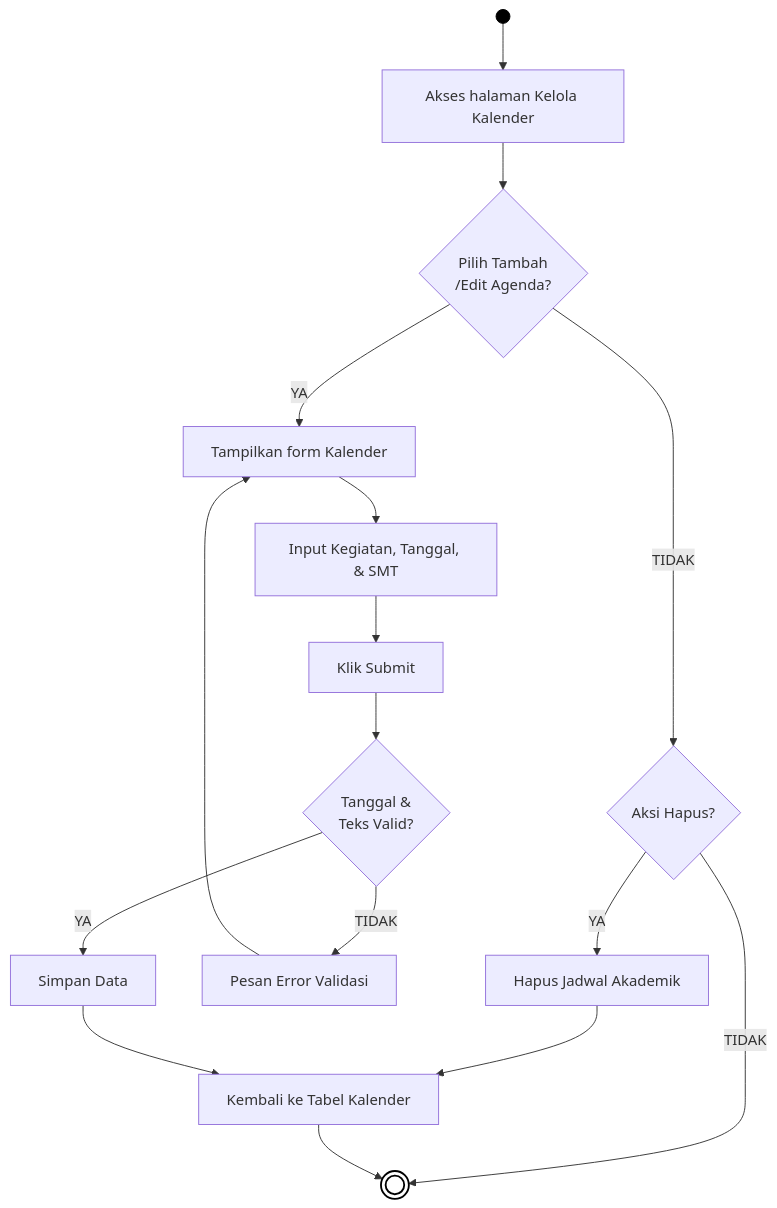
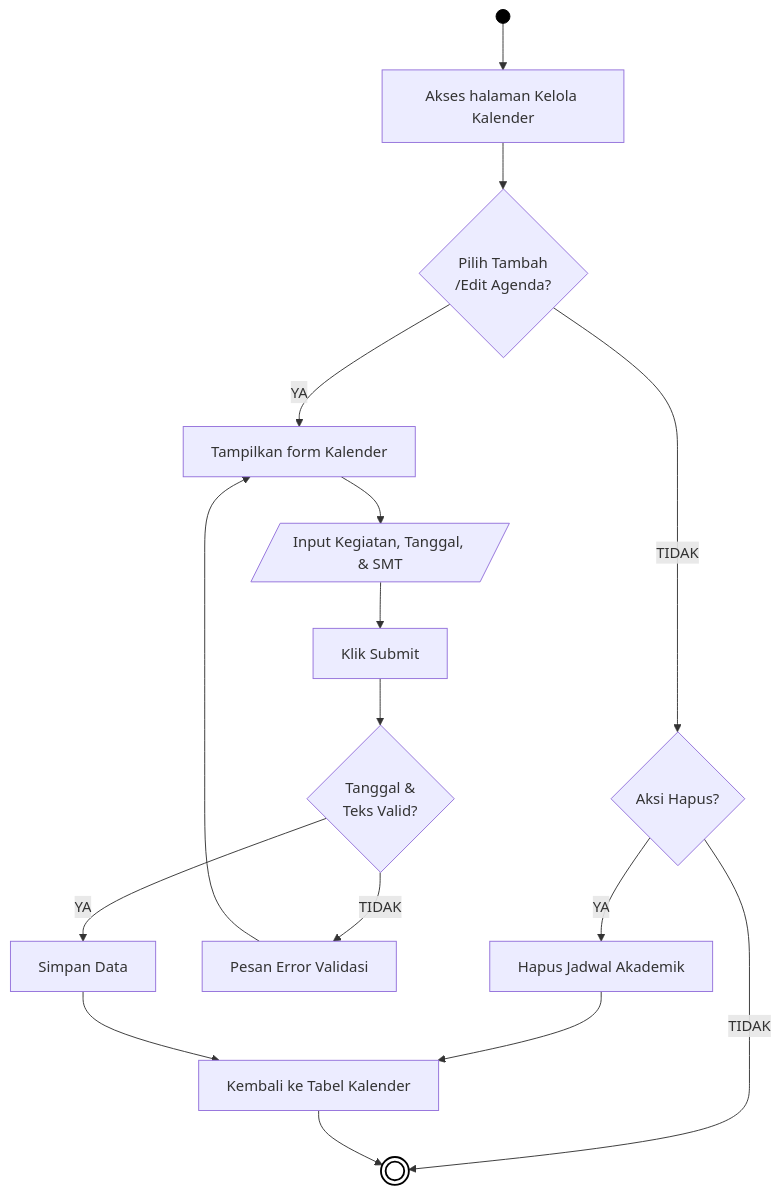
One commit to arbain-dev/Web_fikom changed diagram 11 of 21 in docs/01_DIAGRAM_AKTIVITAS.md. Above: the diagram before and after it, drawn with Mermaid. The commit also changed other lines of this file and 2 other files, not shown here.

Commit message:
docs: perbaiki bentuk IO pada flowchart

````diff
--- a/docs/01_DIAGRAM_AKTIVITAS.md
+++ b/docs/01_DIAGRAM_AKTIVITAS.md
@@ -354,26 +354,26 @@
 ```mermaid
 flowchart TD
     Start(( )) --> A[Akses halaman Kelola Kalender]
     
     A --> B{Pilih Tambah\n/Edit Agenda?}
     
     B -- TIDAK --> Hapus{Aksi Hapus?}
     Hapus -- YA --> HC[Hapus Jadwal Akademik]
     Hapus -- TIDAK --> End((( )))
     HC --> I[Kembali ke Tabel Kalender]
     
     B -- YA --> C[Tampilkan form Kalender]
-    C --> D[Input Kegiatan, Tanggal, & SMT]
+    C --> D[/Input Kegiatan, Tanggal, & SMT/]
     D --> E[Klik Submit]
     
     E --> F{Tanggal &\nTeks Valid?}
     F -- TIDAK --> G[Pesan Error Validasi]
     G --> C
     
     F -- YA --> H[Simpan Data]
     H --> I
     I --> End
     
     style Start fill:#000,stroke:#000,color:#000
     style End fill:#fff,stroke:#000,stroke-width:2px
 ```
````
